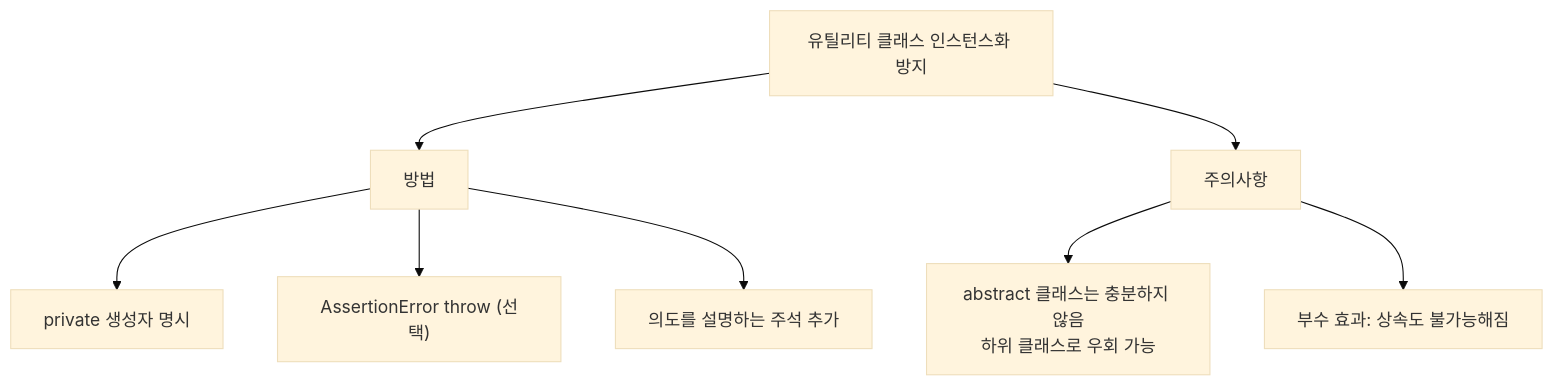
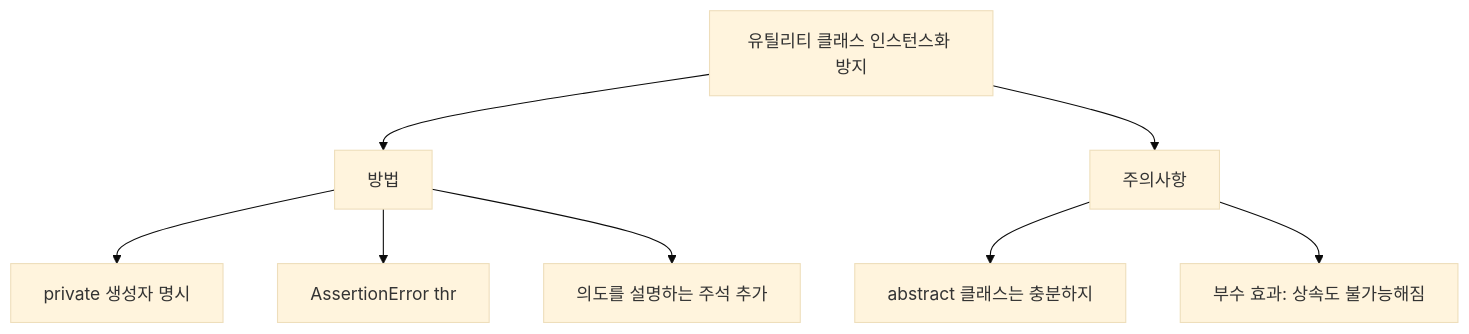
Before and after one commit to yjkim2015/yjkim2015.github.io: the second of 2 diagrams in _posts/java/2021-12-19-effective-java4.md, drawn with Mermaid (base theme). The commit also changed other lines of this file and 271 other files, not shown here.

First line of the commit message:
Mermaid 라벨 축소: 긴 노드 텍스트 18자 이하로 트림 + \n 제거

````diff
--- a/_posts/java/2021-12-19-effective-java4.md
+++ b/_posts/java/2021-12-19-effective-java4.md
@@ -154,10 +154,10 @@
 ```mermaid
 graph TD
     A["유틸리티 클래스 인스턴스화 방지"] --> B["방법"]
     A --> C["주의사항"]
     B --> B1["private 생성자 명시"]
-    B --> B2["AssertionError throw (선택)"]
+    B --> B2["AssertionError thr"]
     B --> B3["의도를 설명하는 주석 추가"]
-    C --> C1["abstract 클래스는 충분하지 않음\n하위 클래스로 우회 가능"]
+    C --> C1["abstract 클래스는 충분하지"]
     C --> C2["부수 효과: 상속도 불가능해짐"]
 ```
````
